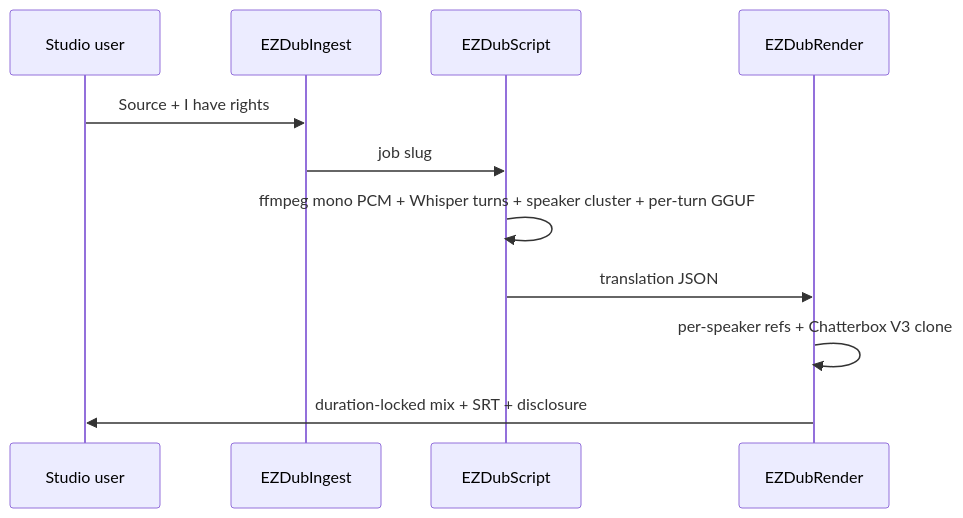
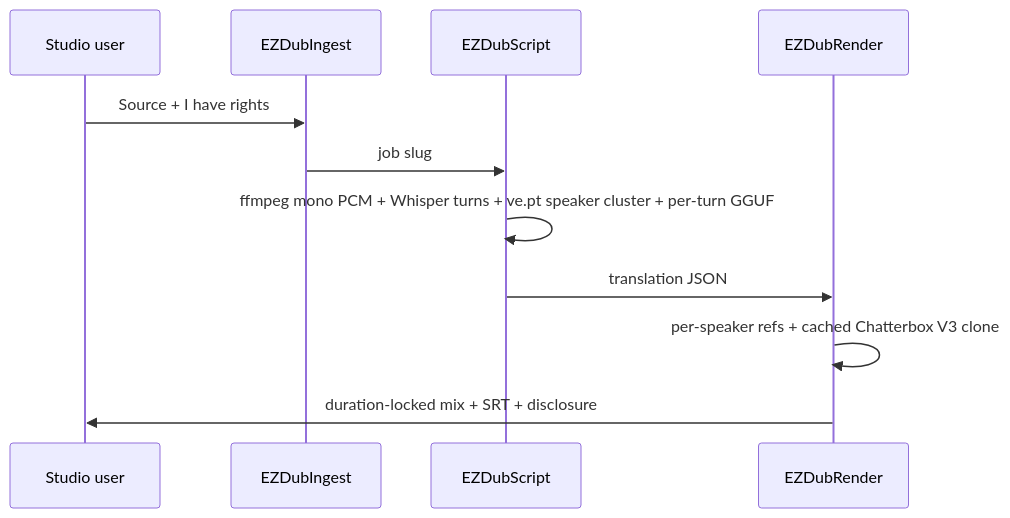
One commit to toxicoder/ez-comfy-stack changed the diagram in docs/dub.md. Above: the diagram before and after it, drawn with Mermaid. The commit also changed other lines of this file and 20 other files, not shown here.

````diff
--- a/docs/dub.md
+++ b/docs/dub.md
@@ -164,14 +164,14 @@
 ```mermaid
 sequenceDiagram
   participant U as Studio user
   participant I as EZDubIngest
   participant S as EZDubScript
   participant R as EZDubRender
 
   U->>I: Source + I have rights
   I->>S: job slug
-  S->>S: ffmpeg mono PCM + Whisper turns + speaker cluster + per-turn GGUF
+  S->>S: ffmpeg mono PCM + Whisper turns + ve.pt speaker cluster + per-turn GGUF
   S->>R: translation JSON
-  R->>R: per-speaker refs + Chatterbox V3 clone
+  R->>R: per-speaker refs + cached Chatterbox V3 clone
   R->>U: duration-locked mix + SRT + disclosure
 ```
````
